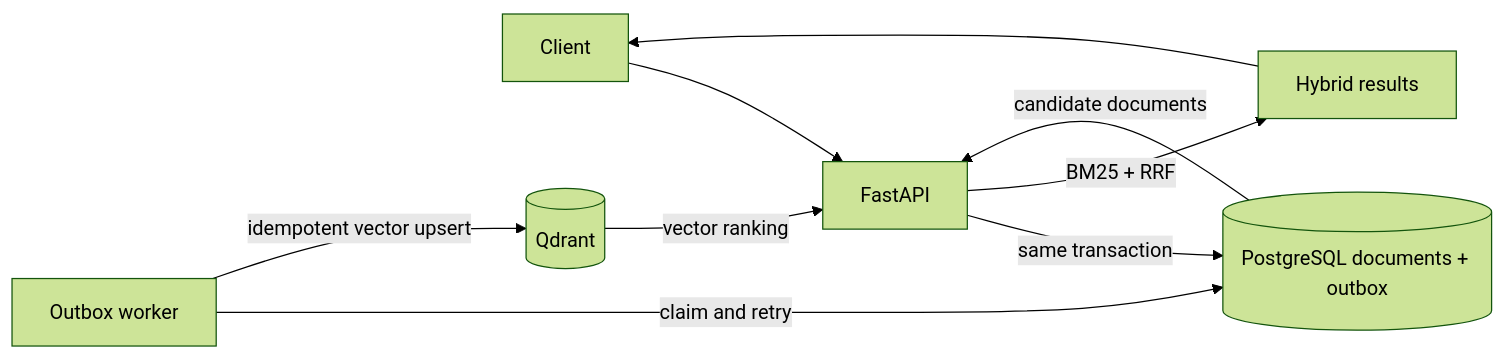
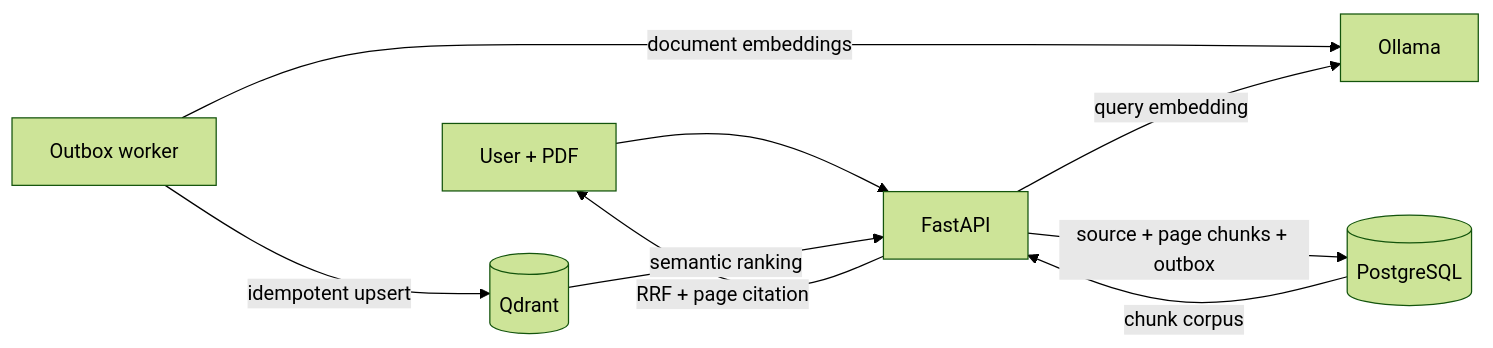
Before and after one commit to pritamnikam/ai-ml-genai-engineering-playbook: the diagram in README.md, drawn with Mermaid (forest theme). The commit also changed other lines of this file and 23 other files, not shown here.

First line of the commit message:
feat: add local PDF hybrid search with page citations

````diff
--- a/README.md
+++ b/README.md
@@ -48,11 +48,11 @@
 ```mermaid
 flowchart LR
-    C[Client] --> API[FastAPI]
-    API -->|same transaction| PG[(PostgreSQL documents + outbox)]
-    W[Outbox worker] -->|claim and retry| PG
-    W -->|idempotent vector upsert| Q[(Qdrant)]
-    PG -->|candidate documents| API
-    Q -->|vector ranking| API
-    API -->|BM25 + RRF| R[Hybrid results]
-    R --> C
+    U[User + PDF] --> API[FastAPI]
+    API -->|source + page chunks + outbox| PG[(PostgreSQL)]
+    W[Outbox worker] -->|document embeddings| O[Ollama]
+    W -->|idempotent upsert| Q[(Qdrant)]
+    PG -->|chunk corpus| API
+    API -->|query embedding| O
+    Q -->|semantic ranking| API
+    API -->|RRF + page citation| U
 ```
````
